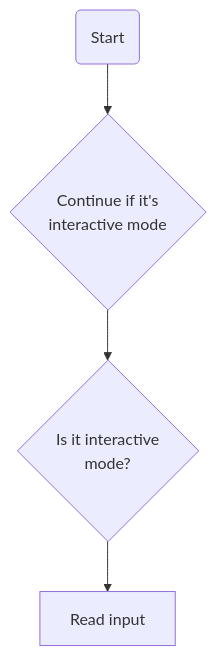
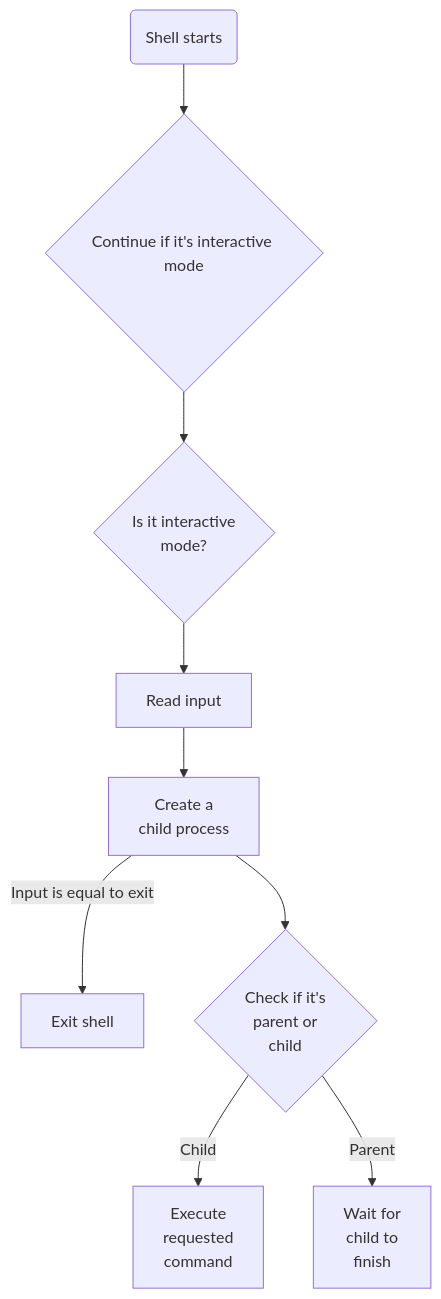
The diagram in README.md (mattowsh/holbertonschool-simple_shell), drawn with Mermaid before and after one commit.

````diff
--- a/README.md
+++ b/README.md
@@ -27,7 +27,12 @@
 ```mermaid
 graph TD;
-  Start0(Start)
-  Start0-->While0{Continue if it's<br>interactive mode}
+  Start0(Shell starts)
+  Start0-->While0{Continue if it's interactive mode}
   While0-->If0{Is it interactive<br>mode?}
   If0-->Getline[Read input]
+  Getline-->Fork0[Create a<br>child process]
+  Fork0-->|Input is equal to exit|Exit0[Exit shell]
+  Fork0-->Fork1{Check if it's<br>parent or<br>child}
+  Fork1-->|Child|Execve[Execute<br>requested<br>command]
+  Fork1-->|Parent|Wait[Wait for<br>child to<br>finish]
   ```
````
